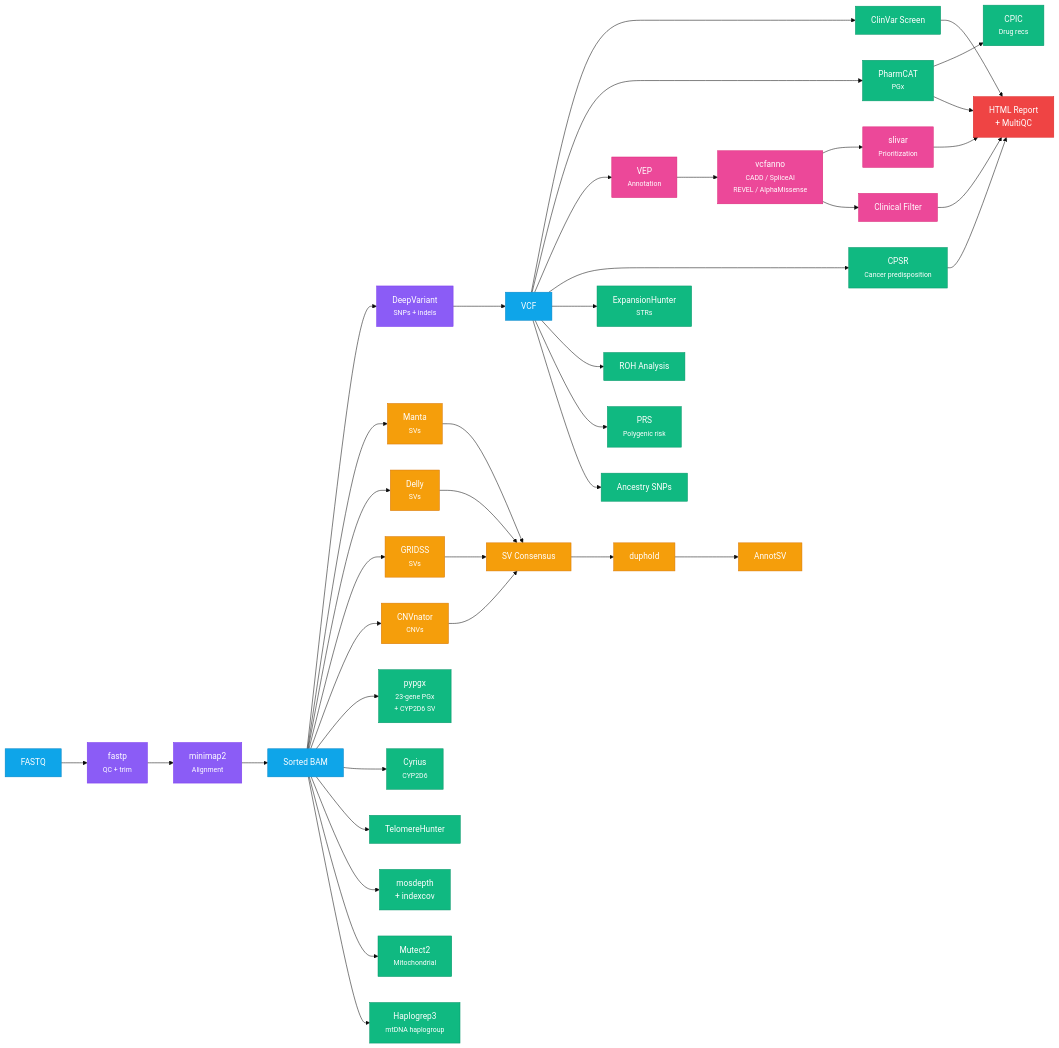
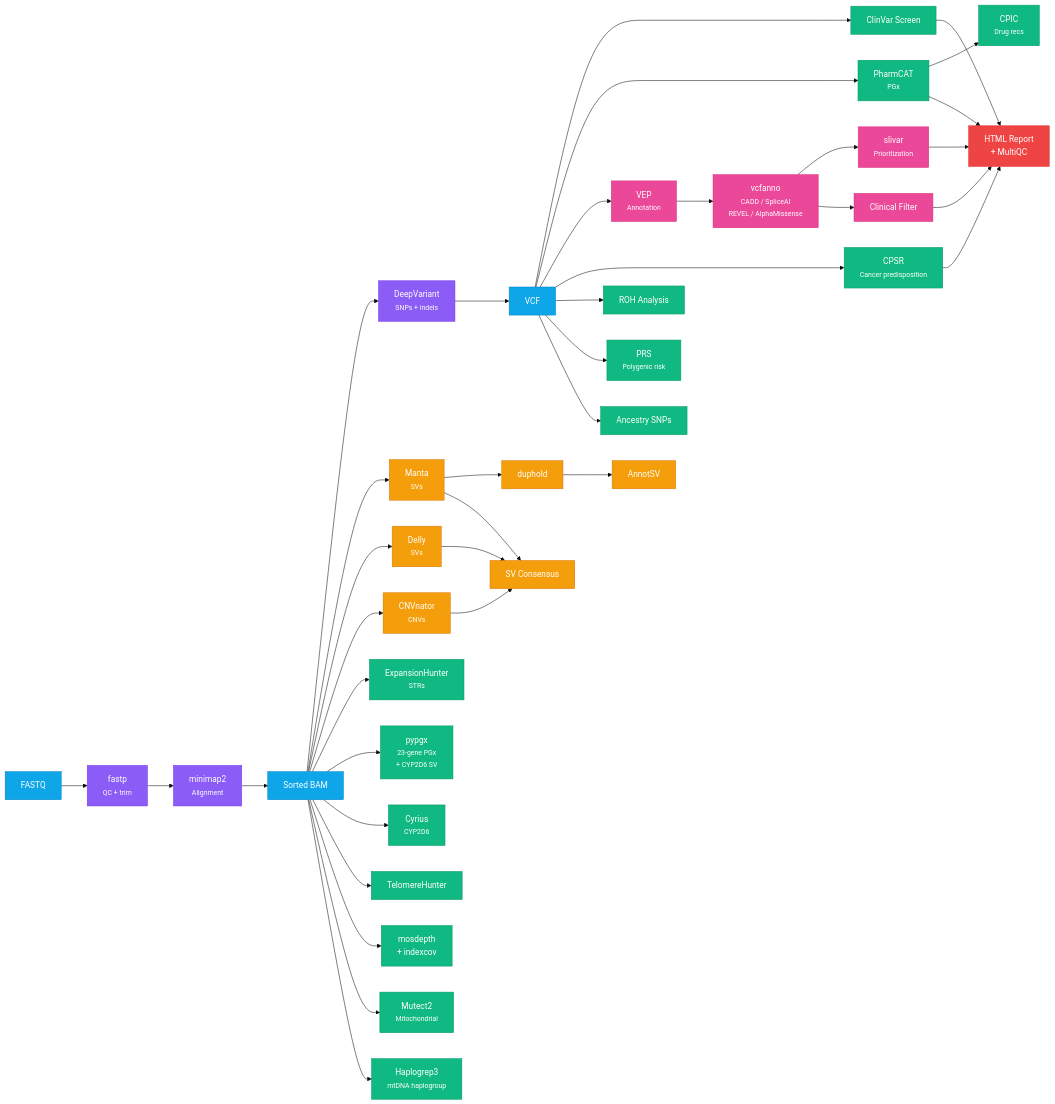
One commit to GeiserX/Personal-Genome-Pipeline changed the diagram in README.md. Above: the diagram before and after it, drawn with Mermaid (base theme). The commit also changed 7 other files, not shown here.

````diff
--- a/README.md
+++ b/README.md
@@ -66,63 +66,61 @@
 ```mermaid
 graph LR
     FASTQ["FASTQ"] --> fastp["fastp<br/><small>QC + trim</small>"]
     fastp --> align["minimap2<br/><small>Alignment</small>"]
     align --> BAM["Sorted BAM"]
     BAM --> DV["DeepVariant<br/><small>SNPs + indels</small>"]
     DV --> VCF["VCF"]
 
     %% VCF-based analyses
     VCF --> clinvar["ClinVar Screen"]
     VCF --> pharmcat["PharmCAT<br/><small>PGx</small>"]
     pharmcat --> cpic["CPIC<br/><small>Drug recs</small>"]
     VCF --> vep["VEP<br/><small>Annotation</small>"]
     vep --> vcfanno["vcfanno<br/><small>CADD / SpliceAI<br/>REVEL / AlphaMissense</small>"]
     vcfanno --> slivar["slivar<br/><small>Prioritization</small>"]
     vcfanno --> clinical["Clinical Filter"]
     VCF --> cpsr["CPSR<br/><small>Cancer predisposition</small>"]
-    VCF --> eh["ExpansionHunter<br/><small>STRs</small>"]
     VCF --> roh["ROH Analysis"]
     VCF --> prs["PRS<br/><small>Polygenic risk</small>"]
     VCF --> ancestry["Ancestry SNPs"]
 
     %% BAM-based analyses
     BAM --> manta["Manta<br/><small>SVs</small>"]
     BAM --> delly["Delly<br/><small>SVs</small>"]
-    BAM --> gridss["GRIDSS<br/><small>SVs</small>"]
     BAM --> cnvnator["CNVnator<br/><small>CNVs</small>"]
+    manta --> duphold["duphold"]
+    duphold --> annotsv["AnnotSV"]
     manta --> consensus["SV Consensus"]
     delly --> consensus
-    gridss --> consensus
     cnvnator --> consensus
-    consensus --> duphold["duphold"]
-    duphold --> annotsv["AnnotSV"]
 
+    BAM --> eh["ExpansionHunter<br/><small>STRs</small>"]
     BAM --> pypgx["pypgx<br/><small>23-gene PGx<br/>+ CYP2D6 SV</small>"]
     BAM --> cyrius["Cyrius<br/><small>CYP2D6</small>"]
     BAM --> telomere["TelomereHunter"]
     BAM --> coverage["mosdepth<br/>+ indexcov"]
     BAM --> mito["Mutect2<br/><small>Mitochondrial</small>"]
     BAM --> haplo["Haplogrep3<br/><small>mtDNA haplogroup</small>"]
 
     %% Reporting
     clinical --> report["HTML Report<br/>+ MultiQC"]
     slivar --> report
     clinvar --> report
     pharmcat --> report
     cpsr --> report
 
     %% Styling
     classDef input fill:#0ea5e9,stroke:#0284c7,color:#fff
     classDef core fill:#8b5cf6,stroke:#7c3aed,color:#fff
     classDef analysis fill:#10b981,stroke:#059669,color:#fff
     classDef sv fill:#f59e0b,stroke:#d97706,color:#fff
     classDef annotation fill:#ec4899,stroke:#db2777,color:#fff
     classDef report fill:#ef4444,stroke:#dc2626,color:#fff
 
     class FASTQ,BAM,VCF input
     class fastp,align,DV core
     class clinvar,pharmcat,cpic,cpsr,eh,roh,prs,ancestry,pypgx,cyrius,telomere,coverage,mito,haplo analysis
-    class manta,delly,gridss,cnvnator,consensus,duphold,annotsv sv
+    class manta,delly,cnvnator,consensus,duphold,annotsv sv
     class vep,vcfanno,slivar,clinical annotation
     class report report
 ```
````
